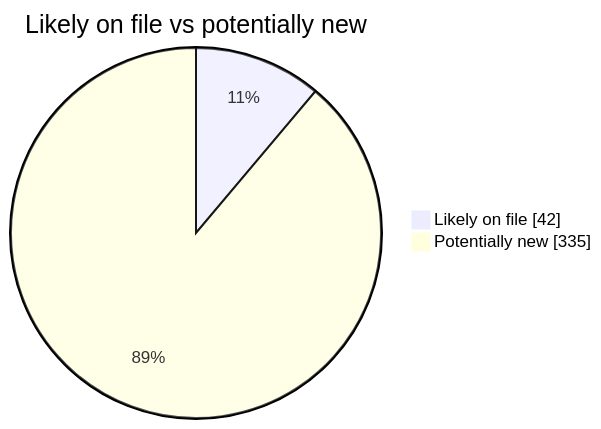
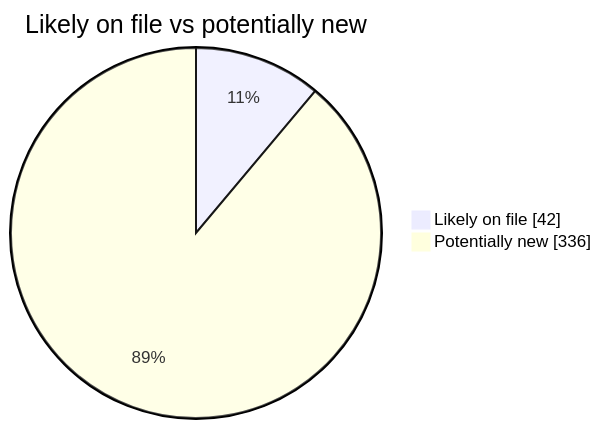
The second of 4 diagrams in README.md (martinbalfanz/social-scanner-reports), drawn with Mermaid before and after one commit. The commit also changed other lines of this file and 4 other files, not shown here.

````diff
--- a/README.md
+++ b/README.md
@@ -40,5 +40,5 @@
 ```mermaid
 pie showData title Likely on file vs potentially new
     "Likely on file" : 42
-    "Potentially new" : 335
+    "Potentially new" : 336
 ```
````
